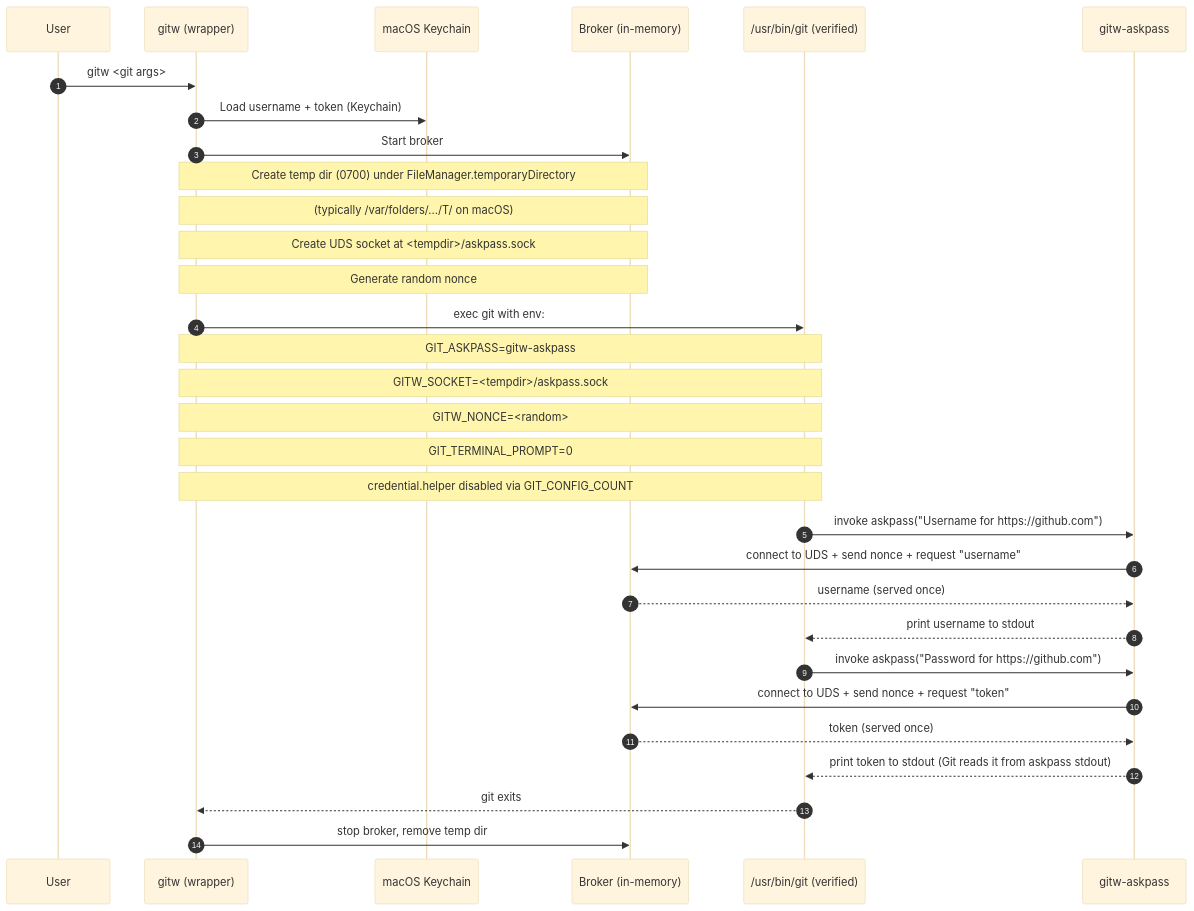
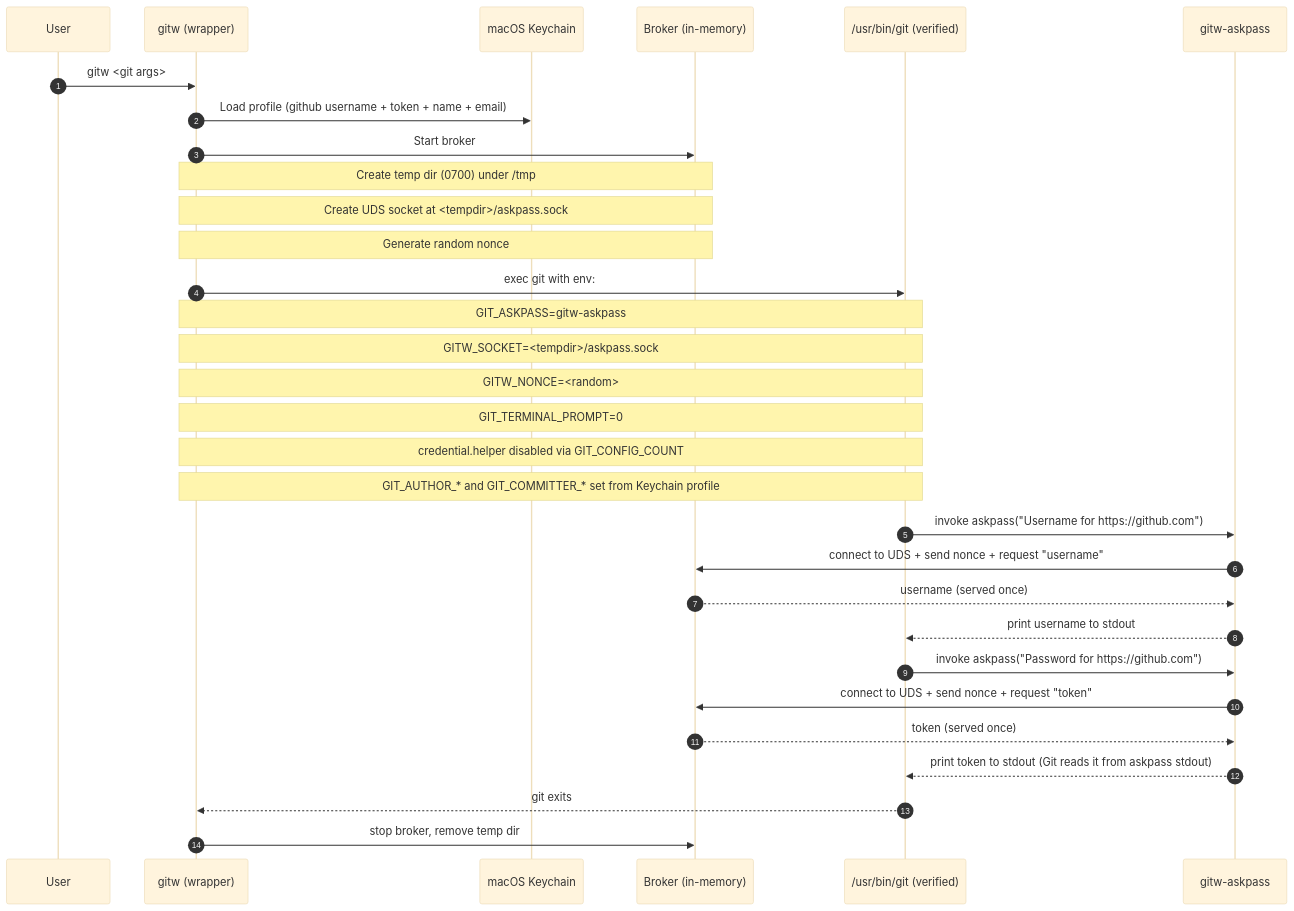
One commit to Martin-Tech-Labs/gitw changed the diagram in README.md. Above: the diagram before and after it, drawn with Mermaid (base theme). The commit also changed other lines of this file and 8 other files, not shown here.

First line of the commit message:
feat: store git identity in Keychain + export author/committer env (#24)

````diff
--- a/README.md
+++ b/README.md
@@ -199,37 +203,37 @@
 ```mermaid
 sequenceDiagram
   autonumber
   participant U as User
   participant W as gitw (wrapper)
   participant KC as macOS Keychain
   participant B as Broker (in-memory)
   participant G as /usr/bin/git (verified)
   participant A as gitw-askpass
 
   U->>W: gitw <git args>
-  W->>KC: Load username + token (Keychain)
+  W->>KC: Load profile (github username + token + name + email)
   W->>B: Start broker
-  Note over W,B: Create temp dir (0700) under FileManager.temporaryDirectory
-  Note over W,B: (typically /var/folders/.../T/ on macOS)
+  Note over W,B: Create temp dir (0700) under /tmp
   Note over W,B: Create UDS socket at <tempdir>/askpass.sock
   Note over W,B: Generate random nonce
   W->>G: exec git with env:
   Note over W,G: GIT_ASKPASS=gitw-askpass
   Note over W,G: GITW_SOCKET=<tempdir>/askpass.sock
   Note over W,G: GITW_NONCE=<random>
   Note over W,G: GIT_TERMINAL_PROMPT=0
   Note over W,G: credential.helper disabled via GIT_CONFIG_COUNT
+  Note over W,G: GIT_AUTHOR_* and GIT_COMMITTER_* set from Keychain profile
 
   G->>A: invoke askpass("Username for https://github.com")
   A->>B: connect to UDS + send nonce + request "username"
   B-->>A: username (served once)
   A-->>G: print username to stdout
 
   G->>A: invoke askpass("Password for https://github.com")
   A->>B: connect to UDS + send nonce + request "token"
   B-->>A: token (served once)
   A-->>G: print token to stdout (Git reads it from askpass stdout)
 
   G-->>W: git exits
   W->>B: stop broker, remove temp dir
 ```
````
